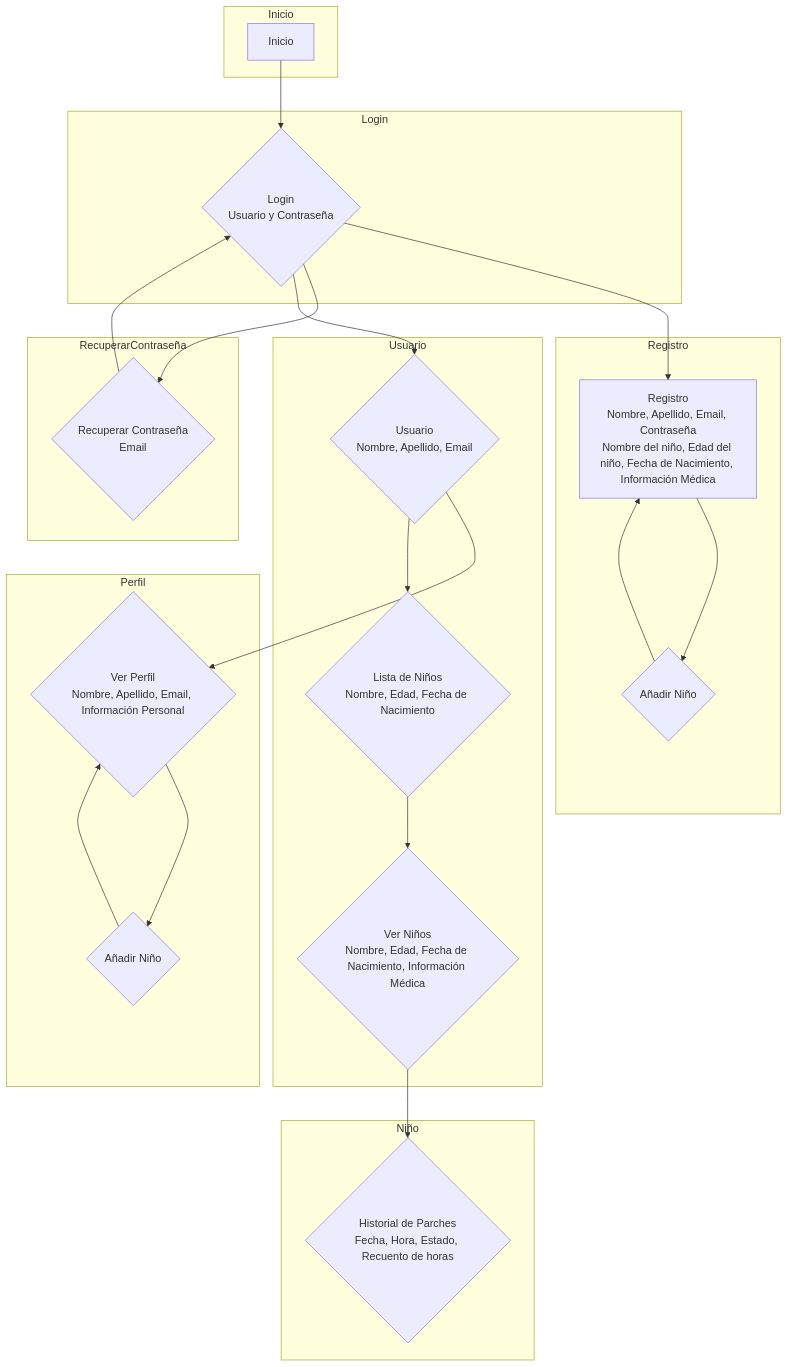
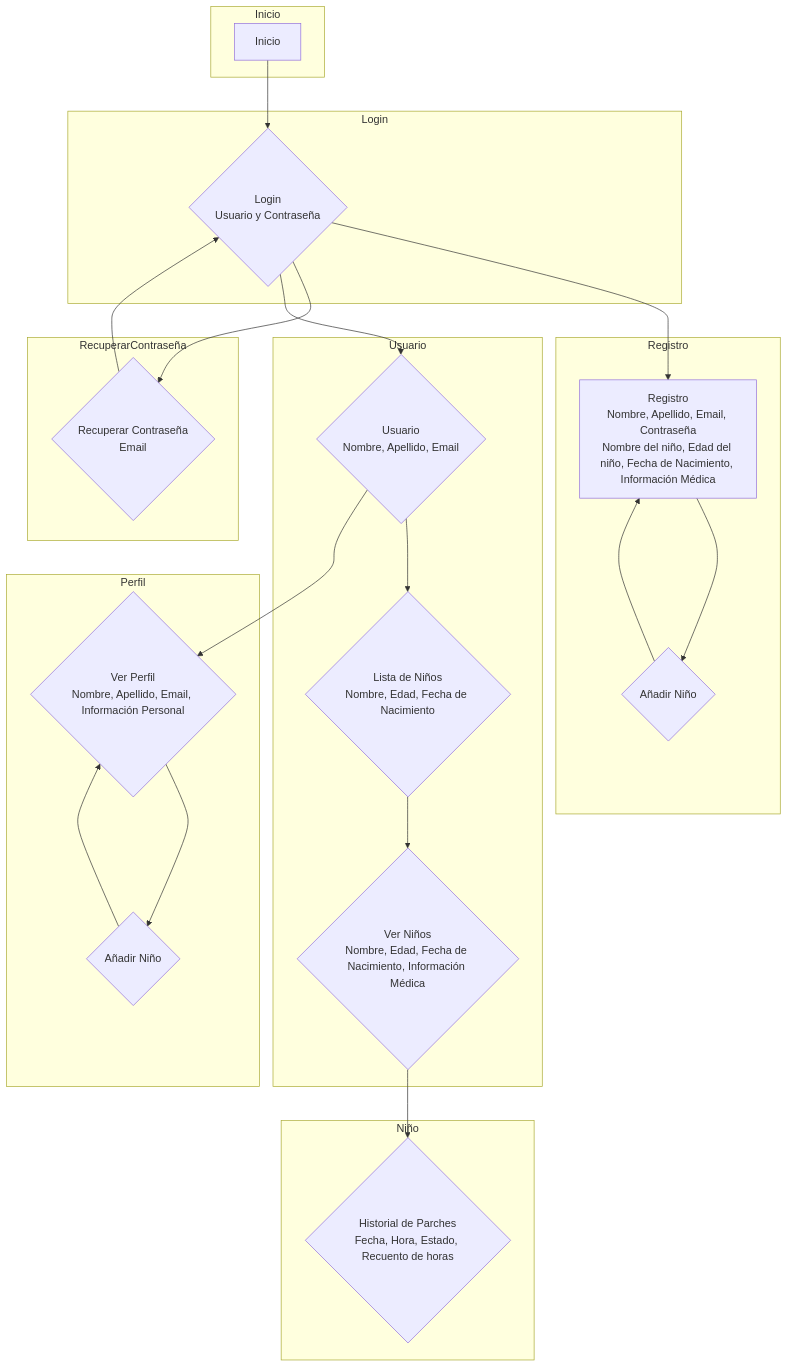
One commit to mactiburon/tapatapp changed the diagram in Prototype1/DiagramaVista.mermaid. Above: the diagram before and after it, drawn with Mermaid. The commit also changed other lines of this file, not shown here.

Commit message:
DiagramaVista.mermaid

```diff
--- a/Prototype1/DiagramaVista.mermaid
+++ b/Prototype1/DiagramaVista.mermaid
@@ -1,40 +1,40 @@
 flowchart TD;
     subgraph Inicio
         A[Inicio]
     end
     subgraph Login
         B{Login<br>Usuario y Contraseña}
     end
     subgraph RecuperarContraseña
         F{Recuperar Contraseña<br>Email}
     end
     subgraph Registro
         C[Registro<br>Nombre, Apellido, Email, Contraseña<br>Nombre del niño, Edad del niño, Fecha de Nacimiento, Información Médica]
         E{Añadir Niño}
     end
     subgraph Usuario
         G{Usuario<br>Nombre, Apellido, Email}
         H{Lista de Niños<br>Nombre, Edad, Fecha de Nacimiento}
         I{Ver Niños<br>Nombre, Edad, Fecha de Nacimiento, Información Médica}
     end
     subgraph Perfil
         J{Ver Perfil<br>Nombre, Apellido, Email, Información Personal}
         L{Añadir Niño}
     end
     subgraph Niño
         K{Historial de Parches<br>Fecha, Hora, Estado, Recuento de horas}
     end
 
     A --> B
     B --> C
     C --> E
     E --> C
     B --> F
     F --> B
     B --> G
+    G --> H
     G --> J
-    G --> H
     H --> I
     I --> K
     J --> L
     L --> J
```
